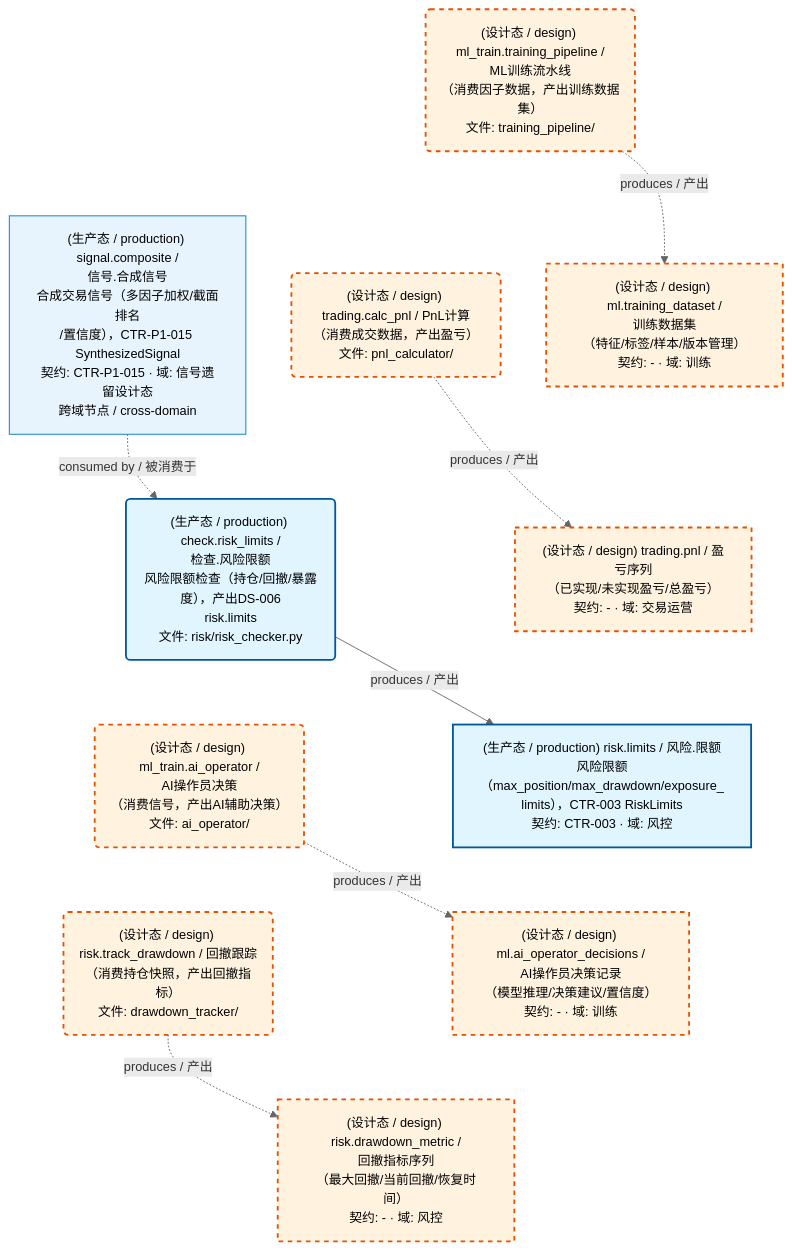
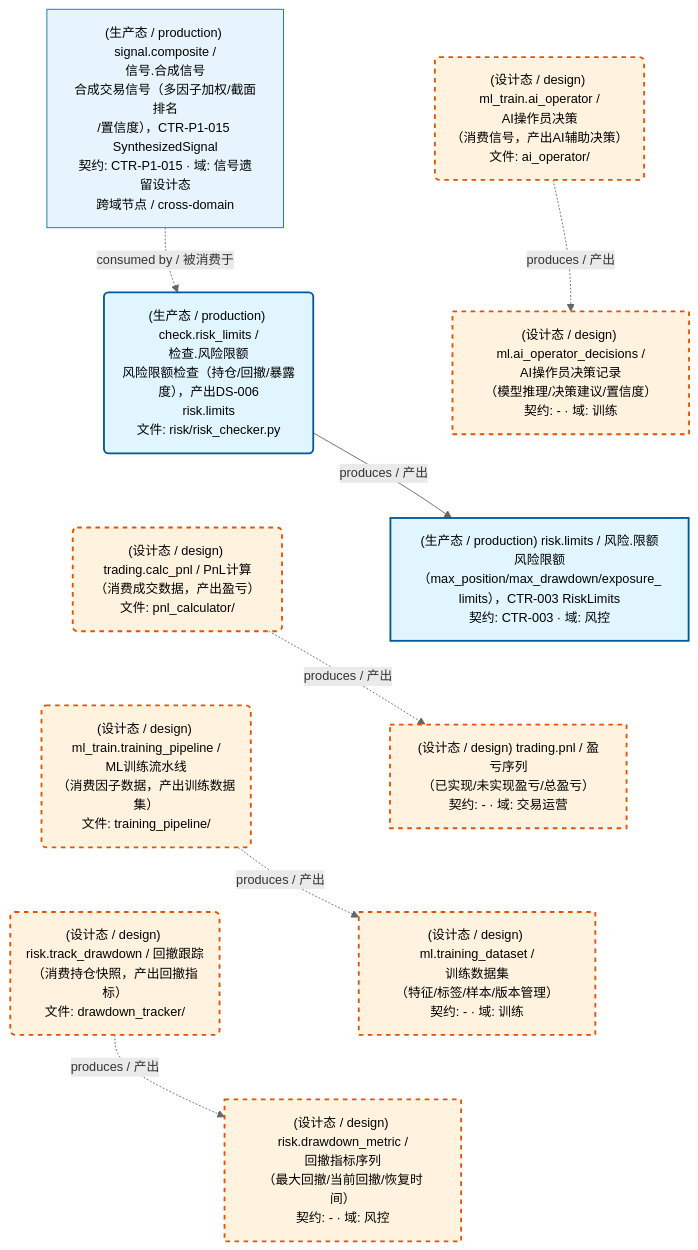
Before and after one commit to xuanFelixVan/ZephyrAlpha: the first of 3 diagrams in docs/02_enterprise_architecture/05_dataflow_architecture/d_others.md, drawn with Mermaid. The commit also changed other lines of this file and 106 other files, not shown here.

````diff
--- a/docs/02_enterprise_architecture/05_dataflow_architecture/d_others.md
+++ b/docs/02_enterprise_architecture/05_dataflow_architecture/d_others.md
@@ -50,36 +50,36 @@
 ```mermaid
 %%{init: {'theme': 'base', 'themeVariables': {'primaryColor': '#eaeaea', 'primaryTextColor': '#333333', 'primaryBorderColor': '#666666', 'lineColor': '#666666', 'secondaryColor': '#eaeaea', 'tertiaryColor': '#eaeaea', 'clusterBkg': 'transparent', 'clusterBorder': 'transparent', 'fontSize': '14px'}}}%%
 flowchart TD
     DS11271["(设计态 / design) ml.ai_operator_decisions /<br/>AI操作员决策记录<br/>（模型推理/决策建议/置信度）<br/>契约: - · 域: 训练"]
     DS11272["(设计态 / design) ml.training_dataset /<br/>训练数据集<br/>（特征/标签/样本/版本管理）<br/>契约: - · 域: 训练"]
     DS11273["(设计态 / design) risk.drawdown_metric /<br/>回撤指标序列<br/>（最大回撤/当前回撤/恢复时间）<br/>契约: - · 域: 风控"]
-    DS22756["(生产态 / production) risk.limits / 风险.限额<br/>风险限额（max_position/max_drawdown/exposure_<br/>limits），CTR-003 RiskLimits<br/>契约: CTR-003 · 域: 风控"]
+    DS26328["(生产态 / production) risk.limits / 风险.限额<br/>风险限额（max_position/max_drawdown/exposure_<br/>limits），CTR-003 RiskLimits<br/>契约: CTR-003 · 域: 风控"]
     DS11274["(设计态 / design) trading.pnl / 盈亏序列<br/>（已实现/未实现盈亏/总盈亏）<br/>契约: - · 域: 交易运营"]
-    JOB1023259("(生产态 / production) check.risk_limits /<br/>检查.风险限额<br/>风险限额检查（持仓/回撤/暴露度），产出DS-006<br/>risk.limits<br/>文件: risk/risk_checker.py")
+    JOB1064880("(生产态 / production) check.risk_limits /<br/>检查.风险限额<br/>风险限额检查（持仓/回撤/暴露度），产出DS-006<br/>risk.limits<br/>文件: risk/risk_checker.py")
     JOB757635("(设计态 / design) ml_train.ai_operator /<br/>AI操作员决策<br/>（消费信号，产出AI辅助决策）<br/>文件: ai_operator/")
     JOB757636("(设计态 / design) ml_train.training_pipeline /<br/>ML训练流水线<br/>（消费因子数据，产出训练数据集）<br/>文件: training_pipeline/")
     JOB757637("(设计态 / design) risk.track_drawdown / 回撤跟踪<br/>（消费持仓快照，产出回撤指标）<br/>文件: drawdown_tracker/")
     JOB757638("(设计态 / design) trading.calc_pnl / PnL计算<br/>（消费成交数据，产出盈亏）<br/>文件: pnl_calculator/")
-    DS22755["(生产态 / production) signal.composite /<br/>信号.合成信号<br/>合成交易信号（多因子加权/截面排名<br/>/置信度），CTR-P1-015 SynthesizedSignal<br/>契约: CTR-P1-015 · 域: 信号遗留设计态<br/>跨域节点 / cross-domain"]
+    DS26327["(生产态 / production) signal.composite /<br/>信号.合成信号<br/>合成交易信号（多因子加权/截面排名<br/>/置信度），CTR-P1-015 SynthesizedSignal<br/>契约: CTR-P1-015 · 域: 信号遗留设计态<br/>跨域节点 / cross-domain"]
     JOB757635 -.->|produces / 产出| DS11271
     JOB757636 -.->|produces / 产出| DS11272
     JOB757637 -.->|produces / 产出| DS11273
     JOB757638 -.->|produces / 产出| DS11274
-    JOB1023259 -->|produces / 产出| DS22756
-    DS22755 -.->|consumed by / 被消费于| JOB1023259
-    JOB757636 ~~~ JOB757638
-    JOB757638 ~~~ JOB1023259
-    JOB1023259 ~~~ JOB757635
-    JOB757635 ~~~ JOB757637
-    DS11272 ~~~ DS11274
-    DS11274 ~~~ DS22756
-    DS22756 ~~~ DS11271
-    DS11271 ~~~ DS11273
+    JOB1064880 -->|produces / 产出| DS26328
+    DS26327 -.->|consumed by / 被消费于| JOB1064880
+    JOB757635 ~~~ JOB1064880
+    JOB1064880 ~~~ JOB757638
+    JOB757638 ~~~ JOB757636
+    JOB757636 ~~~ JOB757637
+    DS11271 ~~~ DS26328
+    DS26328 ~~~ DS11274
+    DS11274 ~~~ DS11272
+    DS11272 ~~~ DS11273
     classDef production fill:#e1f5fe,stroke:#01579b,stroke-width:2px,color:#000
     classDef design fill:#fff3e0,stroke:#e65100,stroke-width:2px,color:#000,stroke-dasharray: 5 5
     classDef external_prod fill:#e8f4fd,stroke:#0277bd,stroke-width:1px,color:#000
     classDef external_design fill:#fff8e7,stroke:#ef6c00,stroke-width:1px,color:#000,stroke-dasharray: 5 5
-    class DS22756,JOB1023259 production
+    class DS26328,JOB1064880 production
     class DS11271,DS11272,DS11273,DS11274,JOB757635,JOB757636,JOB757637,JOB757638 design
-    class DS22755 external_prod
+    class DS26327 external_prod
 ```
````
